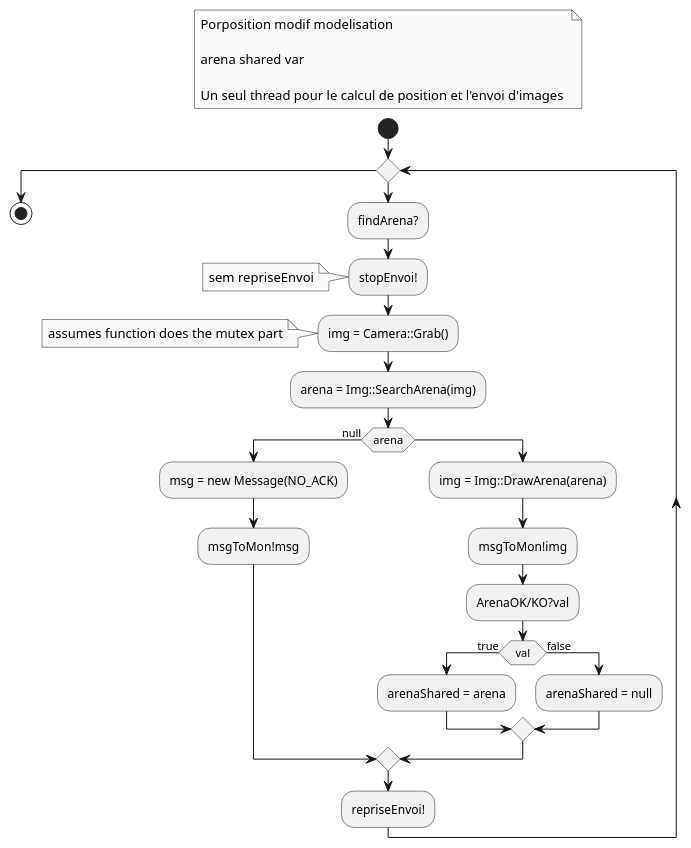
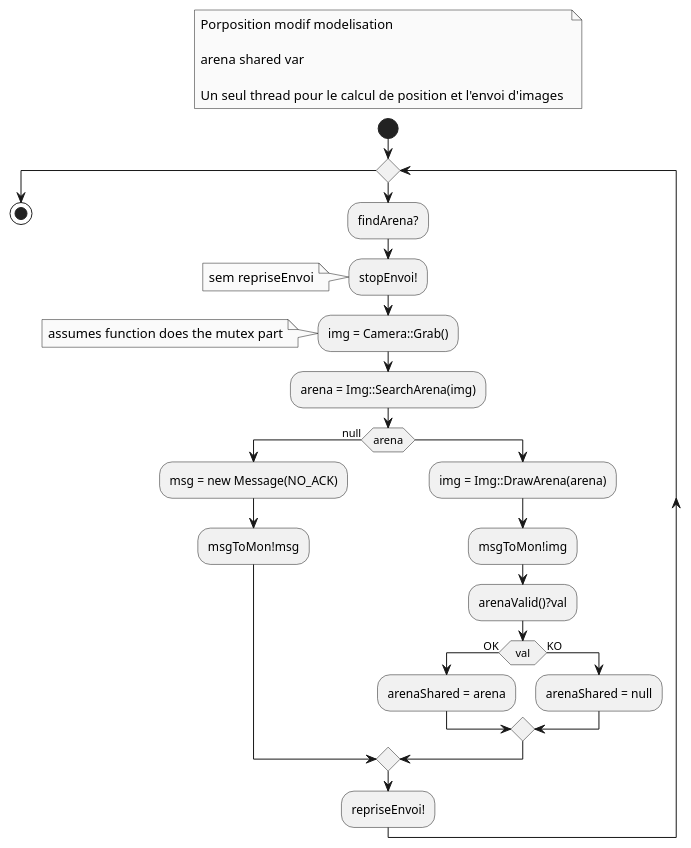
Before and after one commit to Bobillot/BE_Temps_Reel: the diagram in diags/th_calibration.puml, drawn with PlantUML.

```diff
--- a/diags/th_calibration.puml
+++ b/diags/th_calibration.puml
@@ -1,47 +1,47 @@
 @startuml th_calibration
 
 skinparam monochrome true
 
 floating note left  
     Porposition modif modelisation
 
     arena shared var 
 
     Un seul thread pour le calcul de position et l'envoi d'images 
 end note
 
 start
 
 while ( )
     :findArena?;
 
     :stopEnvoi!;
     note : sem repriseEnvoi
 
     :img = Camera::Grab();
     note : assumes function does the mutex part
 
     :arena = Img::SearchArena(img);
 
     if (arena) then (null)
         :msg = new Message(NO_ACK);
         :msgToMon!msg;
     else
         :img = Img::DrawArena(arena);
         :msgToMon!img;
-        :ArenaOK/KO?val;
-        if(val) then (true)
+        :arenaValid()?val;
+        if(val) then (OK)
             :arenaShared = arena;
-        else (false)
+        else (KO)
             :arenaShared = null;
         endif
     endif
 
     :repriseEnvoi!;
 
 
 endwhile
 
 stop
 
 @enduml
```
